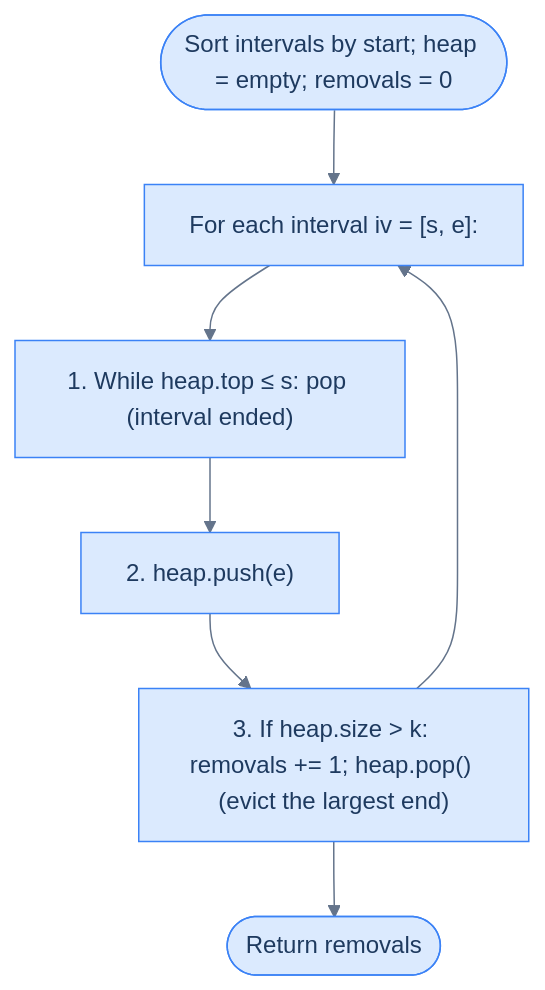
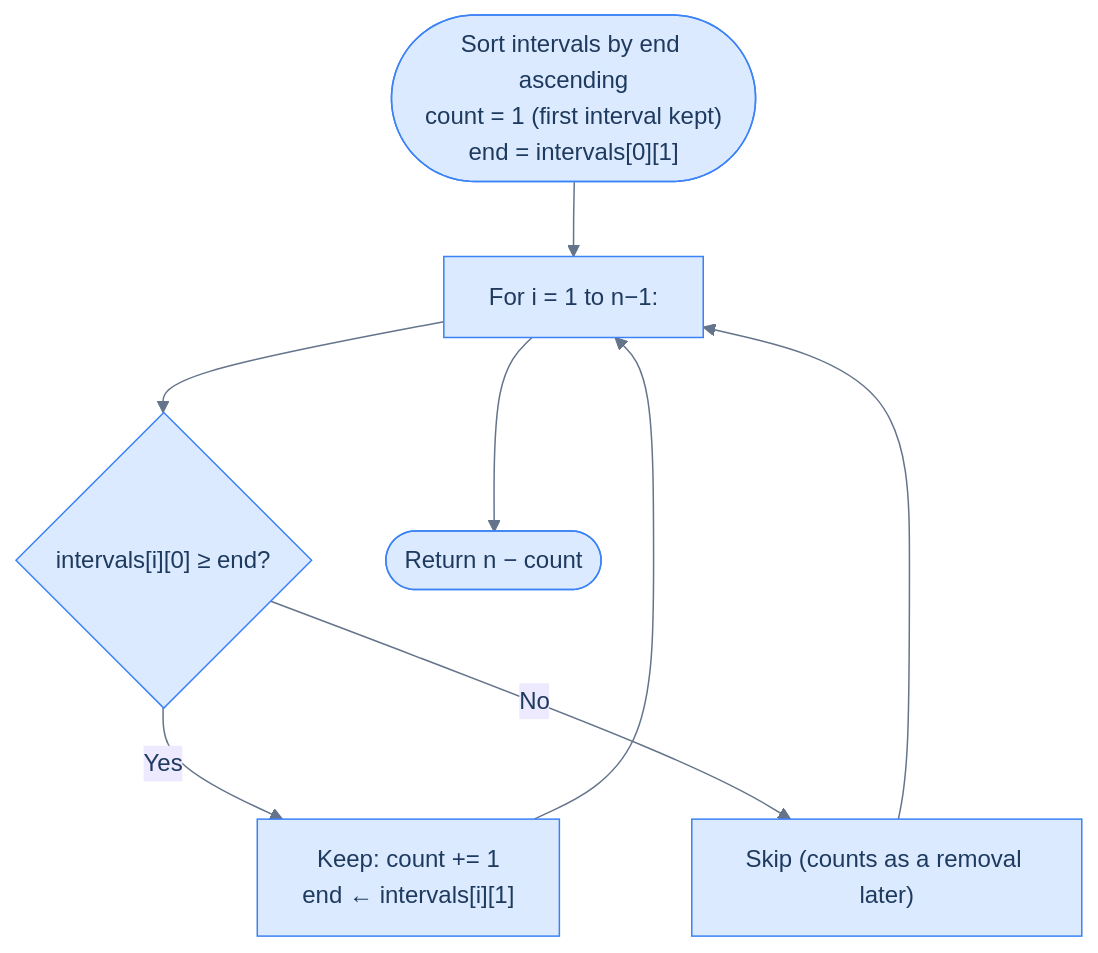
Diagram 16 of 20 in content/cortex/data-structures-and-algorithms/02-linear-structures/01-arrays/10-pattern-maximum-overlap.md (ani2fun/codefolio), drawn with Mermaid before and after one commit. The commit also changed other lines of this file, not shown here.

First line of the commit message:
dsa: align chapter 10 (Min Meeting Rooms / Remove Intervals / Busiest Interval / Peak Resource Requirement) wholesale to source

````diff
--- a/content/cortex/data-structures-and-algorithms/02-linear-structures/01-arrays/10-pattern-maximum-overlap.md
+++ b/content/cortex/data-structures-and-algorithms/02-linear-structures/01-arrays/10-pattern-maximum-overlap.md
@@ -1397,22 +1574,24 @@
 ```mermaid
 ---
 config:
   theme: base
   themeVariables:
     primaryColor: "#dbeafe"
     primaryBorderColor: "#3b82f6"
     primaryTextColor: "#1e3a5f"
     lineColor: "#64748b"
     secondaryColor: "#ede9fe"
     tertiaryColor: "#fef9c3"
 ---
 flowchart TB
-    Init(["Sort intervals by start; heap = empty; removals = 0"])
-    Each["For each interval iv = [s, e]:"]
-    Expire["1. While heap.top ≤ s: pop (interval ended)"]
-    Add["2. heap.push(e)"]
-    Check["3. If heap.size > k: removals += 1; heap.pop() (evict the largest end)"]
-    Done(["Return removals"])
-    Init --> Each --> Expire --> Add --> Check --> Each
-    Check --> Done
+    Init(["Sort intervals by end ascending<br/>count = 1 (first interval kept)<br/>end = intervals[0][1]"])
+    Each["For i = 1 to n−1:"]
+    Cmp{"intervals[i][0] ≥ end?"}
+    Keep["Keep: count += 1<br/>end ← intervals[i][1]"]
+    Skip["Skip (counts as a removal later)"]
+    Done(["Return n − count"])
+    Init --> Each --> Cmp
+    Cmp -- "Yes" --> Keep --> Each
+    Cmp -- "No"  --> Skip --> Each
+    Each --> Done
 ```
````
